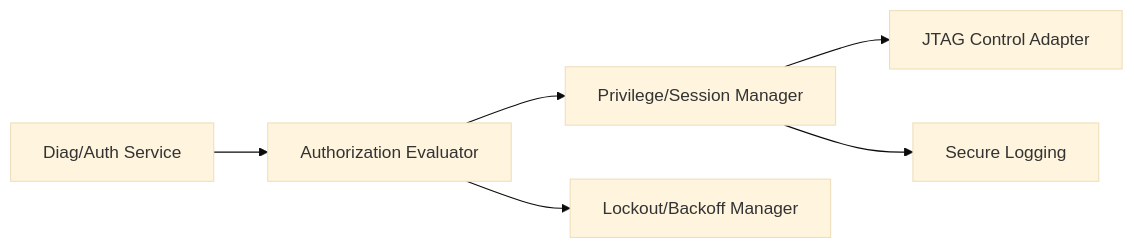
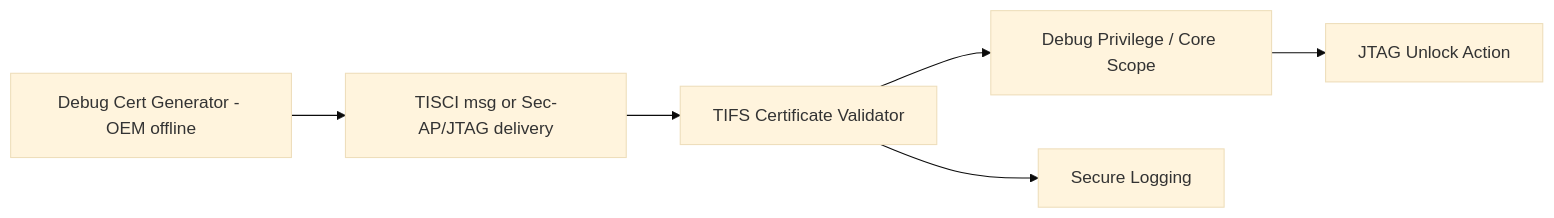
One commit to vinodneelakantam/Sec_Concepts_Req_tracability changed the second of 3 diagrams in TDA4VM_Secure_JTAG_Requirements.md. Above: the diagram before and after it, drawn with Mermaid (base theme). The commit also changed other lines of this file and 7 other files, not shown here.

````diff
--- a/TDA4VM_Secure_JTAG_Requirements.md
+++ b/TDA4VM_Secure_JTAG_Requirements.md
@@ -55,8 +77,8 @@
 ```mermaid
 graph LR
-  Diag[Diag/Auth Service] --> Eval[Authorization Evaluator]
-  Eval --> Scope[Privilege/Session Manager]
-  Scope --> JTAG[JTAG Control Adapter]
-  Eval --> Lock[Lockout/Backoff Manager]
-  Scope --> Log[Secure Logging]
+  Cert[Debug Cert Generator - OEM offline] --> Deliver[TISCI msg or Sec-AP/JTAG delivery]
+  Deliver --> Val[TIFS Certificate Validator]
+  Val --> Priv[Debug Privilege / Core Scope]
+  Priv --> JTAG[JTAG Unlock Action]
+  Val --> Log[Secure Logging]
 ```
````
